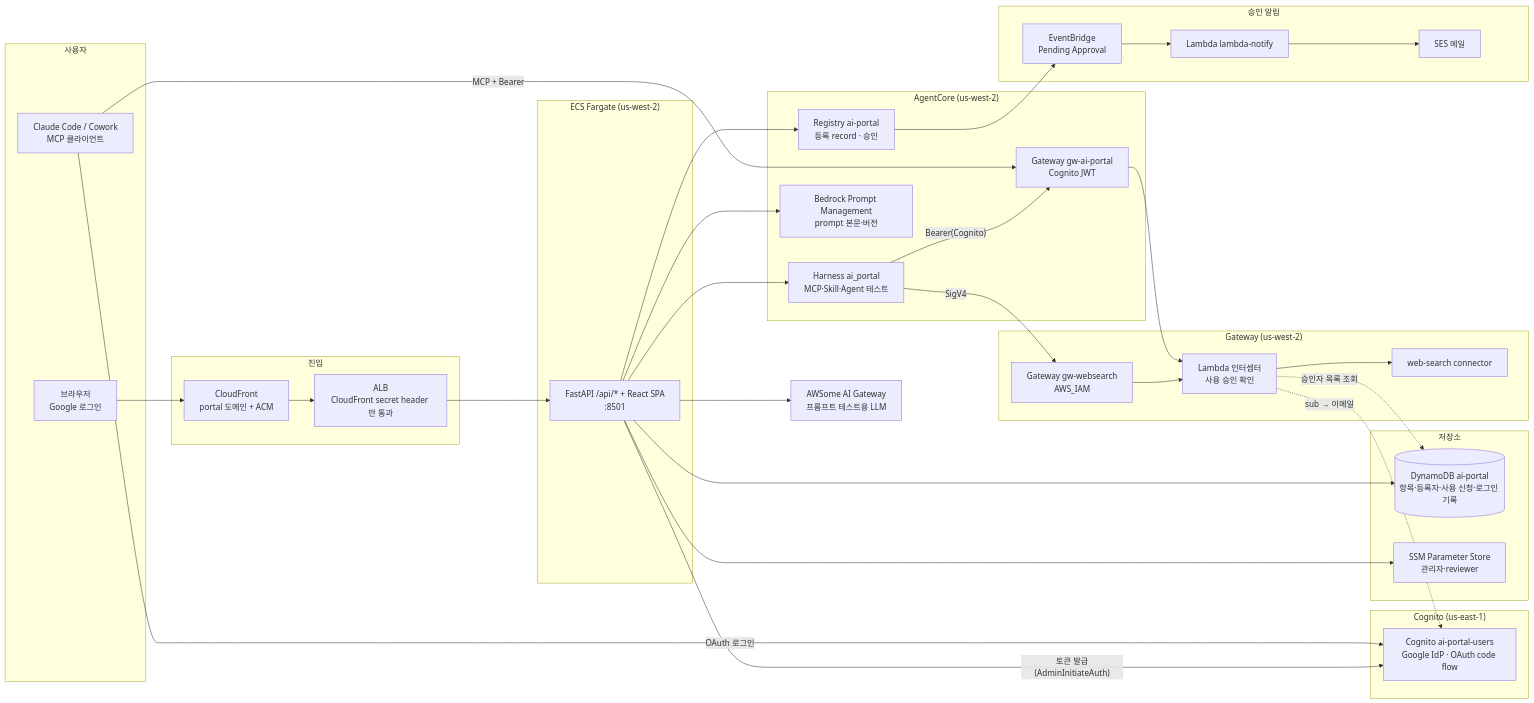
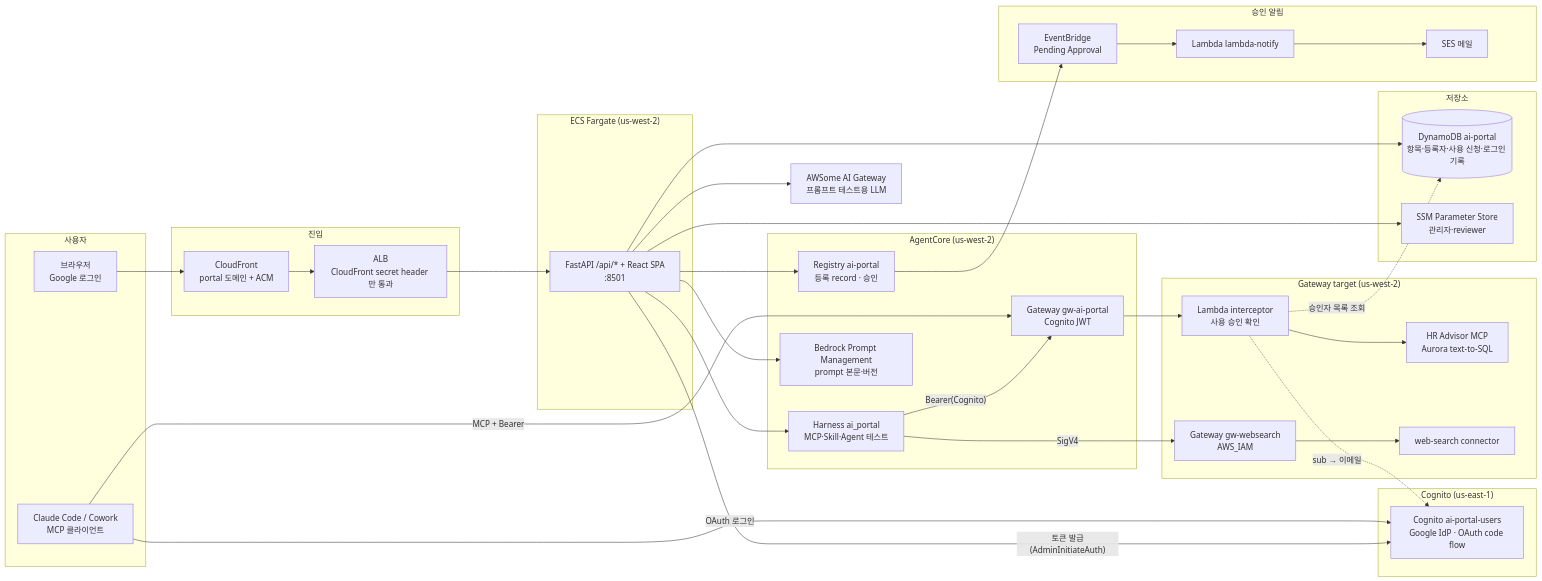
Before and after one commit to kyopark2014/ai-portal: the first of 2 diagrams in README.md, drawn with Mermaid. The commit also changed other lines of this file, not shown here.

First line of the commit message:
Reorder README and align Gateway interceptor docs with implementation.

````diff
--- a/README.md
+++ b/README.md
@@ -26,64 +72,65 @@
 ```mermaid
 flowchart LR
   subgraph Client["사용자"]
     BR["브라우저<br/>Google 로그인"]
     CC["Claude Code / Cowork<br/>MCP 클라이언트"]
   end
 
   subgraph Edge["진입"]
     CF["CloudFront<br/>portal 도메인 + ACM"]
     ALB["ALB<br/>CloudFront secret header 만 통과"]
   end
 
   subgraph ECS["ECS Fargate (us-west-2)"]
     APP["FastAPI /api/* + React SPA<br/>:8501"]
   end
 
   subgraph Data["저장소"]
     DDB[("DynamoDB ai-portal<br/>항목·등록자·사용 신청·로그인 기록")]
     SSM["SSM Parameter Store<br/>관리자·reviewer"]
   end
 
   subgraph Reg["AgentCore (us-west-2)"]
     REG["Registry ai-portal<br/>등록 record · 승인"]
     HAR["Harness ai_portal<br/>MCP·Skill·Agent 테스트"]
     PM["Bedrock Prompt Management<br/>prompt 본문·버전"]
     GW1["Gateway gw-ai-portal<br/>Cognito JWT"]
   end
 
   subgraph Cognito["Cognito (us-east-1)"]
     COG["Cognito ai-portal-users<br/>Google IdP · OAuth code flow"]
   end
 
-  subgraph WestGw["Gateway (us-west-2)"]
+  subgraph WestGw["Gateway target (us-west-2)"]
     GW2["Gateway gw-websearch<br/>AWS_IAM"]
-    INT["Lambda 인터셉터<br/>사용 승인 확인"]
+    INT["Lambda interceptor<br/>사용 승인 확인"]
+    HR["HR Advisor MCP<br/>Aurora text-to-SQL"]
     WS["web-search connector"]
   end
 
   subgraph Notify["승인 알림"]
     EB["EventBridge<br/>Pending Approval"]
     LN["Lambda lambda-notify"]
     SES["SES 메일"]
   end
 
   LLM["AWSome AI Gateway<br/>프롬프트 테스트용 LLM"]
 
   BR --> CF --> ALB --> APP
   APP --> DDB
   APP --> SSM
   APP --> REG
   APP --> PM
   APP --> HAR
   APP -->|"토큰 발급(AdminInitiateAuth)"| COG
   APP --> LLM
   HAR -->|"Bearer(Cognito)"| GW1
   HAR -->|"SigV4"| GW2
   CC -->|"OAuth 로그인"| COG
   CC -->|"MCP + Bearer"| GW1
-  GW2 --> INT --> WS
-  GW1 --> INT
+  GW1 --> INT --> HR
+  GW2 --> WS
   INT -.->|"승인자 목록 조회"| DDB
   INT -.->|"sub → 이메일"| COG
   REG --> EB --> LN --> SES
 ```
````
